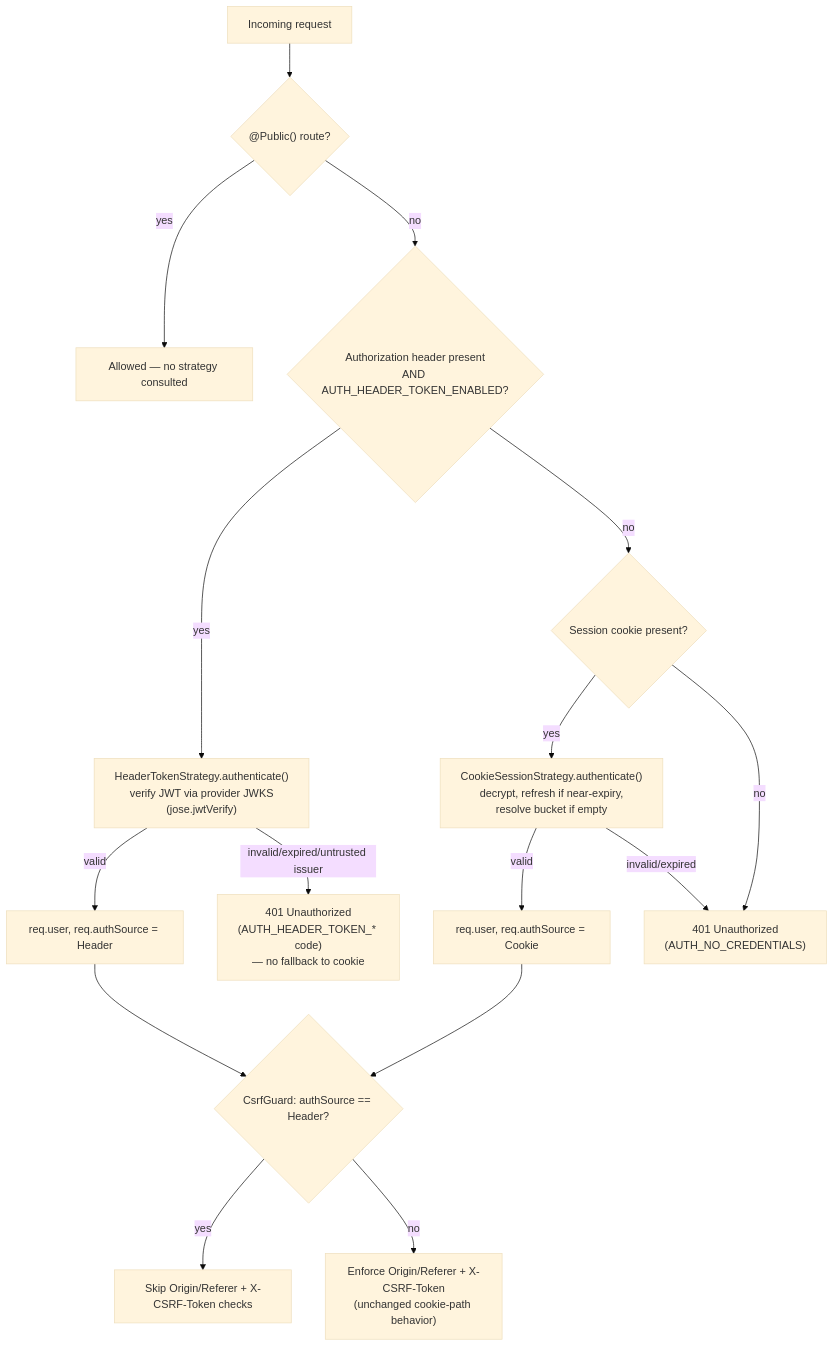
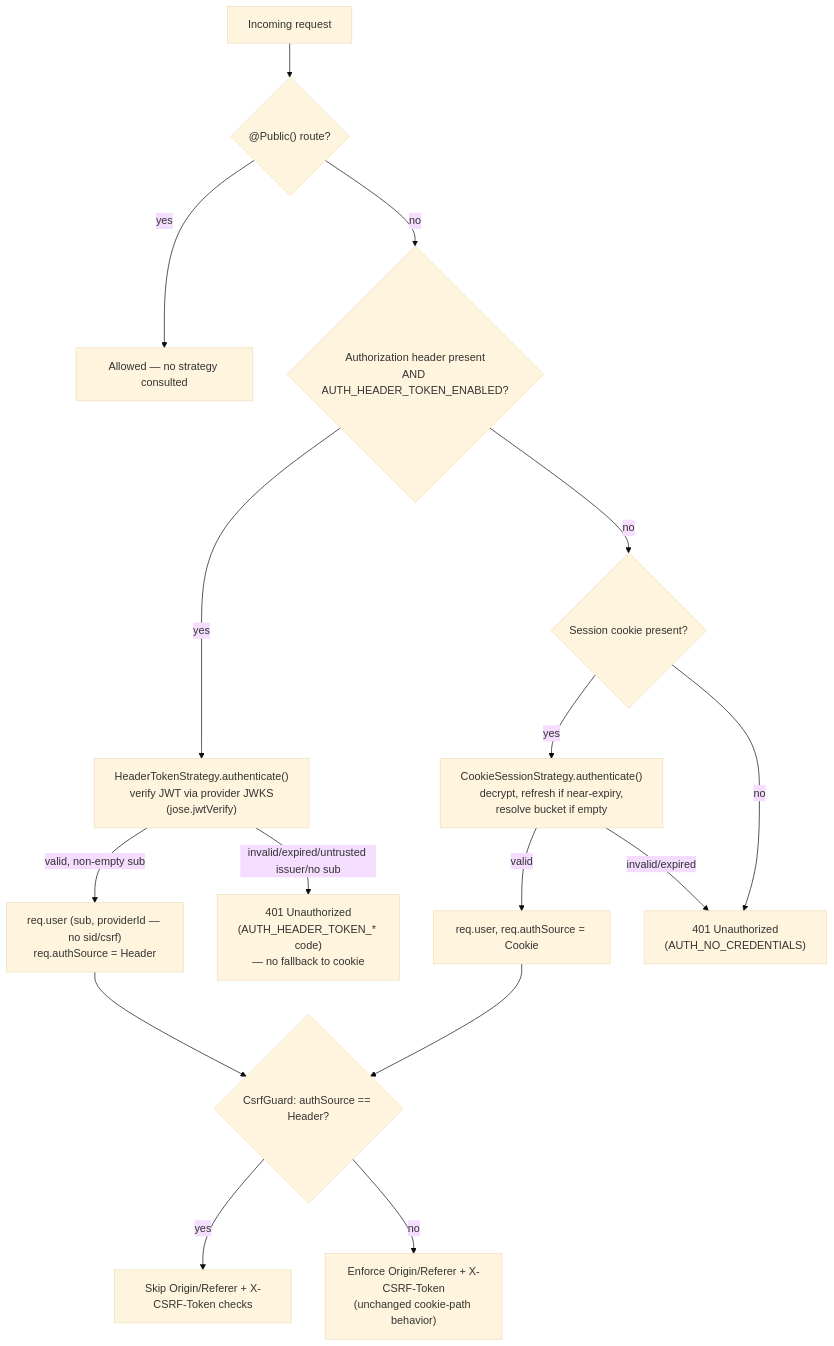
Before and after one commit to epam/ai-dial-chat: the diagram in docs/auth/auth-diagrams/09-header-token-auth-chain.mmd, drawn with Mermaid (base theme). The commit also changed 34 other files, not shown here.

```diff
--- a/docs/auth/auth-diagrams/09-header-token-auth-chain.mmd
+++ b/docs/auth/auth-diagrams/09-header-token-auth-chain.mmd
@@ -1,24 +1,26 @@
 %% Pluggable authentication-strategy chain: SessionGuard dispatches to the first
 %% AuthStrategy that supports the request. Header wins over cookie when both are
 %% present; a supporting strategy that fails throws immediately (no fallback).
 %% CsrfGuard skips its Origin/X-CSRF-Token checks only for header-authenticated requests.
+%% A header-authenticated caller gets no sid/csrf; per-caller server state (generation
+%% ownership) derives from providerId + sub instead — see generation-principal-ownership.
 
 flowchart TD
     REQ["Incoming request"] --> PUB{"@Public() route?"}
     PUB -- yes --> ALLOW["Allowed — no strategy consulted"]
     PUB -- no --> HDR{"Authorization header present<br/>AND AUTH_HEADER_TOKEN_ENABLED?"}
 
     HDR -- yes --> HTS["HeaderTokenStrategy.authenticate()<br/>verify JWT via provider JWKS<br/>(jose.jwtVerify)"]
-    HTS -- valid --> SETH["req.user, req.authSource = Header"]
-    HTS -- invalid/expired/untrusted issuer --> ERR401["401 Unauthorized<br/>(AUTH_HEADER_TOKEN_* code)<br/>— no fallback to cookie"]
+    HTS -- valid, non-empty sub --> SETH["req.user (sub, providerId — no sid/csrf)<br/>req.authSource = Header"]
+    HTS -- invalid/expired/untrusted issuer/no sub --> ERR401["401 Unauthorized<br/>(AUTH_HEADER_TOKEN_* code)<br/>— no fallback to cookie"]
 
     HDR -- no --> CK{"Session cookie present?"}
     CK -- yes --> CSS["CookieSessionStrategy.authenticate()<br/>decrypt, refresh if near-expiry,<br/>resolve bucket if empty"]
     CSS -- valid --> SETC["req.user, req.authSource = Cookie"]
     CSS -- invalid/expired --> ERR401B["401 Unauthorized<br/>(AUTH_NO_CREDENTIALS)"]
     CK -- no --> ERR401B
 
     SETH --> CSRF{"CsrfGuard: authSource == Header?"}
     SETC --> CSRF
     CSRF -- yes --> SKIP["Skip Origin/Referer + X-CSRF-Token checks"]
     CSRF -- no --> CHECK["Enforce Origin/Referer + X-CSRF-Token<br/>(unchanged cookie-path behavior)"]
```
